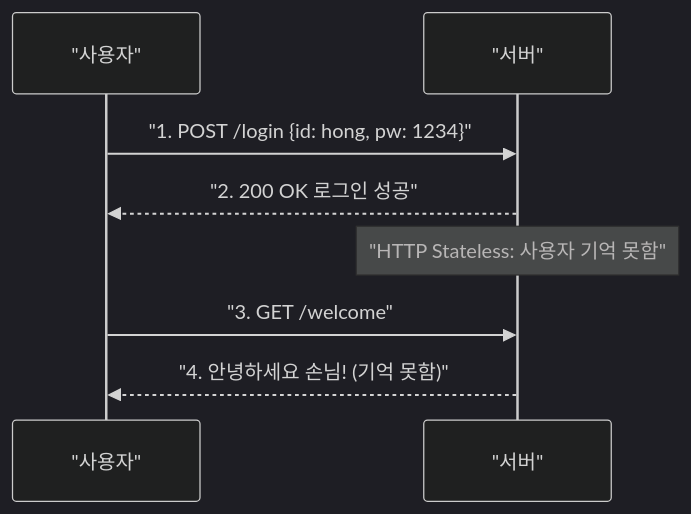
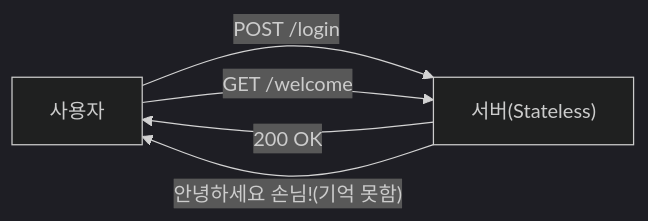
One commit to yjkim2015/yjkim2015.github.io changed the third of 6 diagrams in _posts/http/2021-01-31-http-7.md. Above: the diagram before and after it, drawn with Mermaid (dark theme). The commit also changed other lines of this file and 9 other files, not shown here.

````diff
--- a/_posts/http/2021-01-31-http-7.md
+++ b/_posts/http/2021-01-31-http-7.md
@@ -107,10 +104,7 @@
 ```mermaid
-sequenceDiagram
-    participant U as "사용자"
-    participant S as "서버"
-    U->>S: "1. POST /login {id: hong, pw: 1234}"
-    S-->>U: "2. 200 OK 로그인 성공"
-    Note over S: "HTTP Stateless: 사용자 기억 못함"
-    U->>S: "3. GET /welcome"
-    S-->>U: "4. 안녕하세요 손님! (기억 못함)"
+graph LR
+    U["사용자"] -->|"POST /login"| S["서버(Stateless)"]
+    S -->|"200 OK"| U
+    U -->|"GET /welcome"| S
+    S -->|"안녕하세요 손님!(기억 못함)"| U
 ```
````
